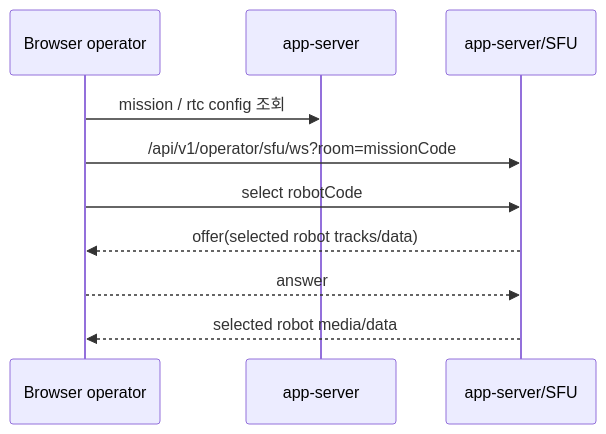
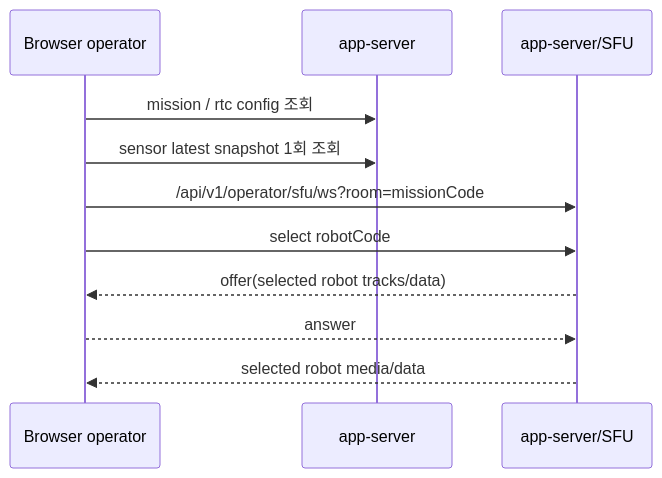
Before and after one commit to dhkimxx/robot-center: the third of 5 diagrams in docs/stable/architecture.md, drawn with Mermaid. The commit also changed other lines of this file and 78 other files, not shown here.

Commit message:
refactor api dto contracts and live sensor flow

````diff
--- a/docs/stable/architecture.md
+++ b/docs/stable/architecture.md
@@ -539,13 +543,14 @@
 ```mermaid
 sequenceDiagram
   participant Browser as Browser operator
   participant App as app-server
   participant SFU as app-server/SFU
 
   Browser->>App: mission / rtc config 조회
+  Browser->>App: sensor latest snapshot 1회 조회
   Browser->>SFU: /api/v1/operator/sfu/ws?room=missionCode
   Browser->>SFU: select robotCode
   SFU-->>Browser: offer(selected robot tracks/data)
   Browser-->>SFU: answer
   SFU-->>Browser: selected robot media/data
 ```
````
